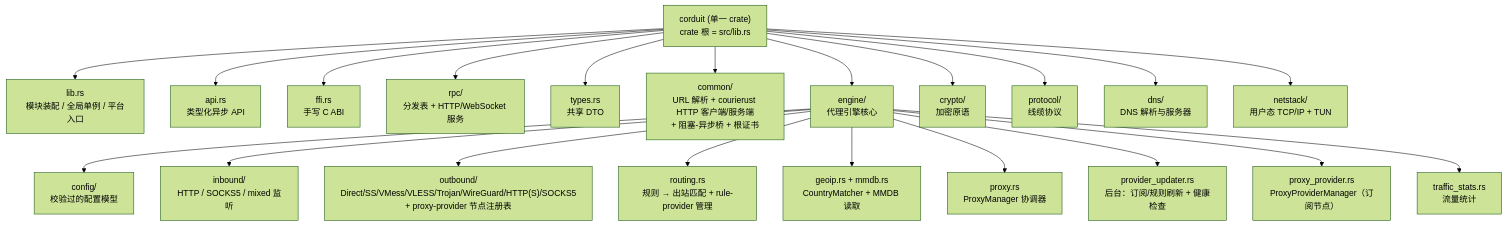
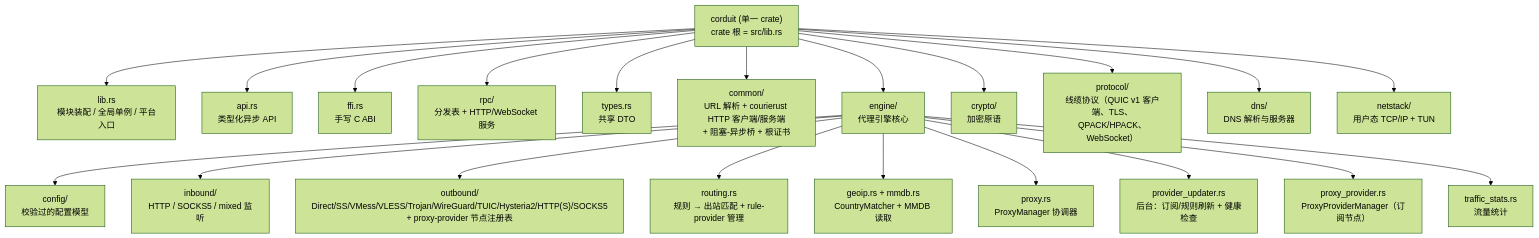
One commit to blueokanna/Corduit changed the first of 6 diagrams in wiki/Architecture.md. Above: the diagram before and after it, drawn with Mermaid (forest theme). The commit also changed 20 other files, not shown here.

````diff
--- a/wiki/Architecture.md
+++ b/wiki/Architecture.md
@@ -7,26 +7,26 @@
 ```mermaid
 flowchart TB
     ROOT["corduit (单一 crate)<br/>crate 根 = src/lib.rs"]
 
     ROOT --> LIB["lib.rs<br/>模块装配 / 全局单例 / 平台入口"]
     ROOT --> API["api.rs<br/>类型化异步 API"]
     ROOT --> FFI["ffi.rs<br/>手写 C ABI"]
     ROOT --> RPC["rpc/<br/>分发表 + HTTP/WebSocket 服务"]
     ROOT --> TYPES["types.rs<br/>共享 DTO"]
     ROOT --> COMMON["common/<br/>URL 解析 + courierust HTTP 客户端/服务端<br/>+ 阻塞-异步桥 + 根证书"]
     ROOT --> ENGINE["engine/<br/>代理引擎核心"]
     ROOT --> CRYPTO["crypto/<br/>加密原语"]
-    ROOT --> PROTOCOL["protocol/<br/>线缆协议"]
+    ROOT --> PROTOCOL["protocol/<br/>线缆协议（QUIC v1 客户端、TLS、QPACK/HPACK、WebSocket）"]
     ROOT --> DNS["dns/<br/>DNS 解析与服务器"]
     ROOT --> NETSTACK["netstack/<br/>用户态 TCP/IP + TUN"]
 
     ENGINE --> EC["config/<br/>校验过的配置模型"]
     ENGINE --> EI["inbound/<br/>HTTP / SOCKS5 / mixed 监听"]
-    ENGINE --> EO["outbound/<br/>Direct/SS/VMess/VLESS/Trojan/WireGuard/HTTP(S)/SOCKS5<br/>+ proxy-provider 节点注册表"]
+    ENGINE --> EO["outbound/<br/>Direct/SS/VMess/VLESS/Trojan/WireGuard/TUIC/Hysteria2/HTTP(S)/SOCKS5<br/>+ proxy-provider 节点注册表"]
     ENGINE --> ER["routing.rs<br/>规则 → 出站匹配 + rule-provider 管理"]
     ENGINE --> EG["geoip.rs + mmdb.rs<br/>CountryMatcher + MMDB 读取"]
     ENGINE --> EP["proxy.rs<br/>ProxyManager 协调器"]
     ENGINE --> EU["provider_updater.rs<br/>后台：订阅/规则刷新 + 健康检查"]
     ENGINE --> EPP["proxy_provider.rs<br/>ProxyProviderManager（订阅节点）"]
     ENGINE --> ET["traffic_stats.rs<br/>流量统计"]
 ```
````
